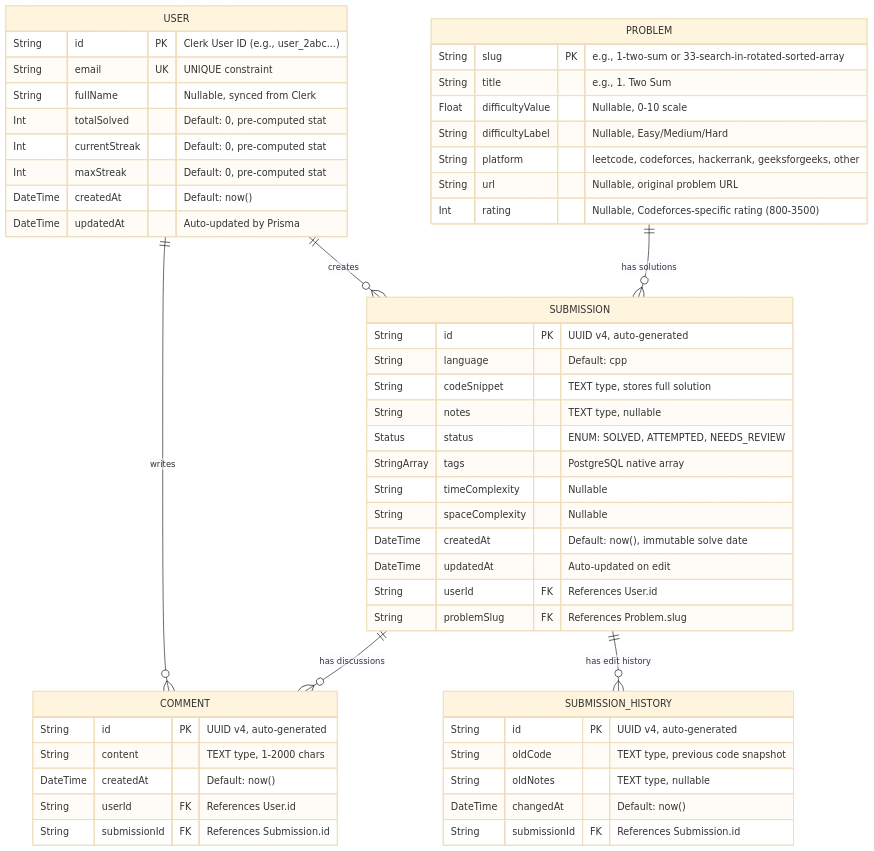
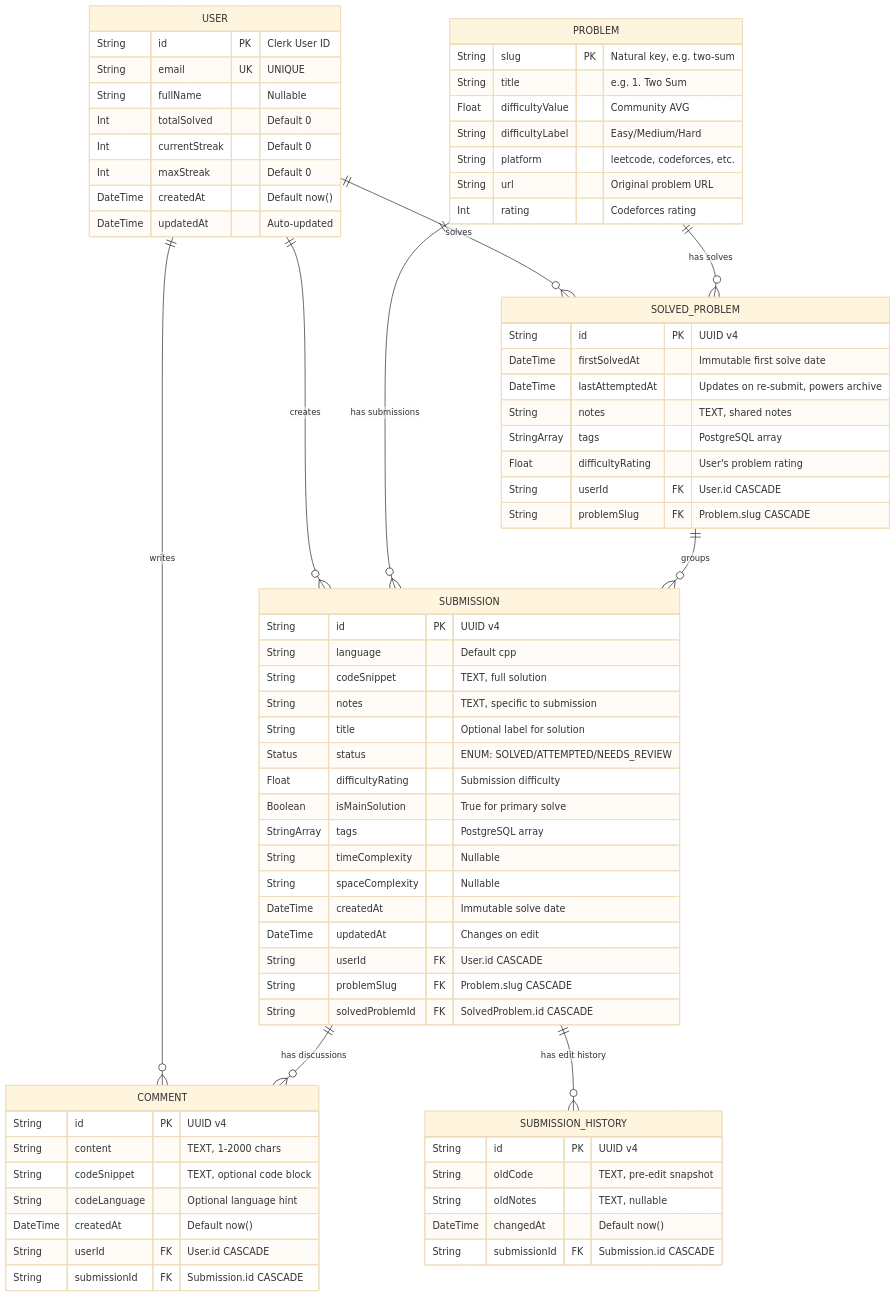
Before and after one commit to aksh-0407/dsapline: the diagram in docs/02_database_documentation.md, drawn with Mermaid (base theme). The commit also changed other lines of this file and 27 other files, not shown here.

First line of the commit message:
feat/chore: Architecture Finalization & UX Enhancements

````diff
--- a/docs/02_database_documentation.md
+++ b/docs/02_database_documentation.md
@@ -7,60 +7,80 @@
 ```mermaid
 erDiagram
     USER {
-        String id PK "Clerk User ID (e.g., user_2abc...)"
-        String email UK "UNIQUE constraint"
-        String fullName "Nullable, synced from Clerk"
-        Int totalSolved "Default: 0, pre-computed stat"
-        Int currentStreak "Default: 0, pre-computed stat"
-        Int maxStreak "Default: 0, pre-computed stat"
-        DateTime createdAt "Default: now()"
-        DateTime updatedAt "Auto-updated by Prisma"
+        String id PK "Clerk User ID"
+        String email UK "UNIQUE"
+        String fullName "Nullable"
+        Int totalSolved "Default 0"
+        Int currentStreak "Default 0"
+        Int maxStreak "Default 0"
+        DateTime createdAt "Default now()"
+        DateTime updatedAt "Auto-updated"
     }
 
     PROBLEM {
-        String slug PK "e.g., 1-two-sum or 33-search-in-rotated-sorted-array"
-        String title "e.g., 1. Two Sum"
-        Float difficultyValue "Nullable, 0-10 scale"
-        String difficultyLabel "Nullable, Easy/Medium/Hard"
-        String platform "leetcode, codeforces, hackerrank, geeksforgeeks, other"
-        String url "Nullable, original problem URL"
-        Int rating "Nullable, Codeforces-specific rating (800-3500)"
+        String slug PK "Natural key, e.g. two-sum"
+        String title "e.g. 1. Two Sum"
+        Float difficultyValue "Community AVG"
+        String difficultyLabel "Easy/Medium/Hard"
+        String platform "leetcode, codeforces, etc."
+        String url "Original problem URL"
+        Int rating "Codeforces rating"
+    }
+
+    SOLVED_PROBLEM {
+        String id PK "UUID v4"
+        DateTime firstSolvedAt "Immutable first solve date"
+        DateTime lastAttemptedAt "Updates on re-submit, powers archive"
+        String notes "TEXT, shared notes"
+        StringArray tags "PostgreSQL array"
+        Float difficultyRating "User's problem rating"
+        String userId FK "User.id CASCADE"
+        String problemSlug FK "Problem.slug CASCADE"
     }
 
     SUBMISSION {
-        String id PK "UUID v4, auto-generated"
-        String language "Default: cpp"
-        String codeSnippet "TEXT type, stores full solution"
-        String notes "TEXT type, nullable"
-        Status status "ENUM: SOLVED, ATTEMPTED, NEEDS_REVIEW"
-        StringArray tags "PostgreSQL native array"
+        String id PK "UUID v4"
+        String language "Default cpp"
+        String codeSnippet "TEXT, full solution"
+        String notes "TEXT, specific to submission"
+        String title "Optional label for solution"
+        Status status "ENUM: SOLVED/ATTEMPTED/NEEDS_REVIEW"
+        Float difficultyRating "Submission difficulty"
+        Boolean isMainSolution "True for primary solve"
+        StringArray tags "PostgreSQL array"
         String timeComplexity "Nullable"
         String spaceComplexity "Nullable"
-        DateTime createdAt "Default: now(), immutable solve date"
-        DateTime updatedAt "Auto-updated on edit"
-        String userId FK "References User.id"
-        String problemSlug FK "References Problem.slug"
+        DateTime createdAt "Immutable solve date"
+        DateTime updatedAt "Changes on edit"
+        String userId FK "User.id CASCADE"
+        String problemSlug FK "Problem.slug CASCADE"
+        String solvedProblemId FK "SolvedProblem.id CASCADE"
     }
 
     COMMENT {
-        String id PK "UUID v4, auto-generated"
-        String content "TEXT type, 1-2000 chars"
-        DateTime createdAt "Default: now()"
-        String userId FK "References User.id"
-        String submissionId FK "References Submission.id"
+        String id PK "UUID v4"
+        String content "TEXT, 1-2000 chars"
+        String codeSnippet "TEXT, optional code block"
+        String codeLanguage "Optional language hint"
+        DateTime createdAt "Default now()"
+        String userId FK "User.id CASCADE"
+        String submissionId FK "Submission.id CASCADE"
     }
 
     SUBMISSION_HISTORY {
-        String id PK "UUID v4, auto-generated"
-        String oldCode "TEXT type, previous code snapshot"
-        String oldNotes "TEXT type, nullable"
-        DateTime changedAt "Default: now()"
-        String submissionId FK "References Submission.id"
+        String id PK "UUID v4"
+        String oldCode "TEXT, pre-edit snapshot"
+        String oldNotes "TEXT, nullable"
+        DateTime changedAt "Default now()"
+        String submissionId FK "Submission.id CASCADE"
     }
 
+    USER ||--o{ SOLVED_PROBLEM : "solves"
     USER ||--o{ SUBMISSION : "creates"
     USER ||--o{ COMMENT : "writes"
-    PROBLEM ||--o{ SUBMISSION : "has solutions"
+    PROBLEM ||--o{ SOLVED_PROBLEM : "has solves"
+    PROBLEM ||--o{ SUBMISSION : "has submissions"
+    SOLVED_PROBLEM ||--o{ SUBMISSION : "groups"
     SUBMISSION ||--o{ COMMENT : "has discussions"
     SUBMISSION ||--o{ SUBMISSION_HISTORY : "has edit history"
 ```
````
